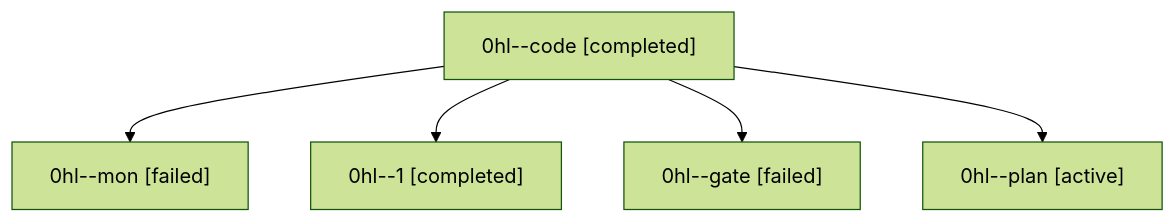
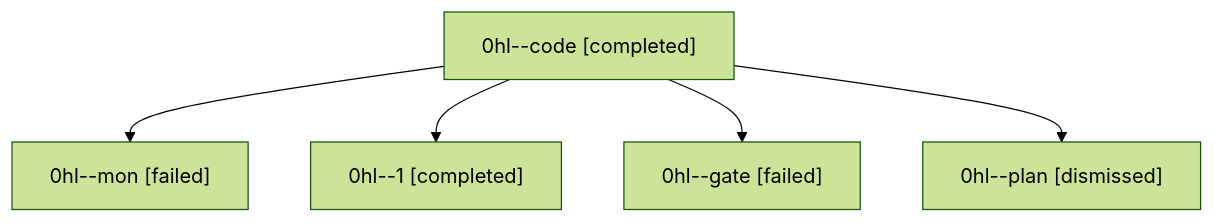
The diagram in sessions/bbugyi200.athena.0hl.md (sase-org/sase--agents), drawn with Mermaid (forest theme) before and after one commit. The commit also changed other lines of this file and 31 other files, not shown here.

````diff
--- a/sessions/bbugyi200.athena.0hl.md
+++ b/sessions/bbugyi200.athena.0hl.md
@@ -9,12 +9,12 @@
 ```mermaid
 flowchart TD
   n0["0hl--code [completed]"]
   n1["0hl--mon [failed]"]
   n0 --> n1
   n2["0hl--1 [completed]"]
   n0 --> n2
   n3["0hl--gate [failed]"]
   n0 --> n3
-  n4["0hl--plan [active]"]
+  n4["0hl--plan [dismissed]"]
   n0 --> n4
 ```
````
